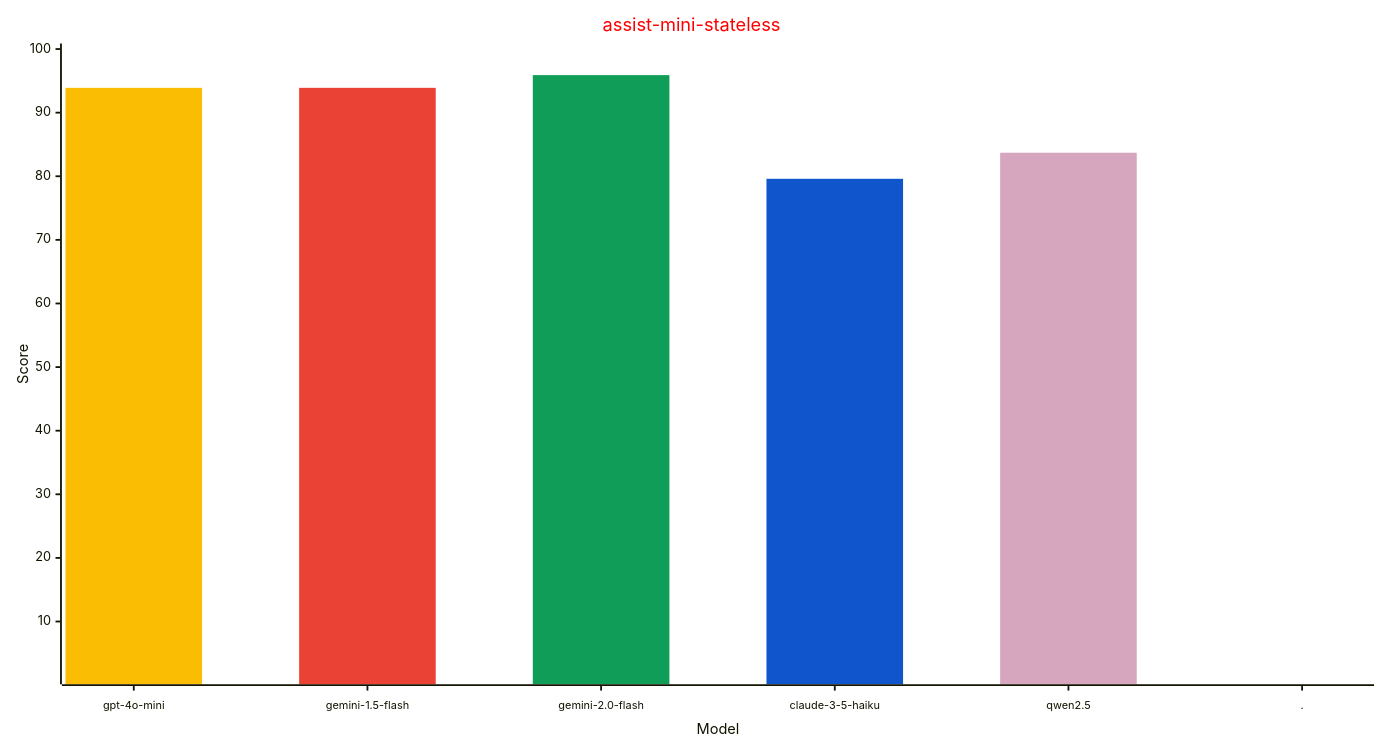
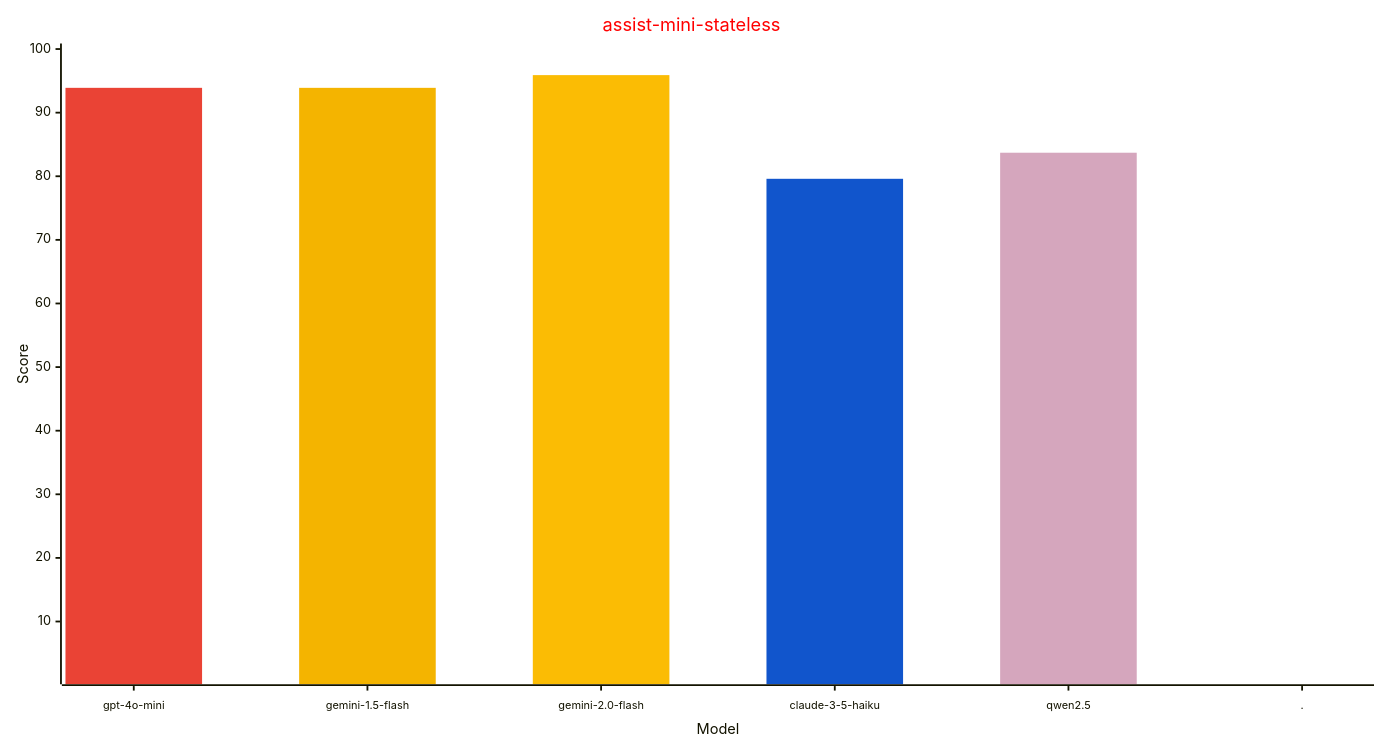
Before and after one commit to allenporter/home-assistant-datasets: the second of 3 diagrams in reports/README.md, drawn with Mermaid. The commit also changed other lines of this file, not shown here.

````diff
--- a/reports/README.md
+++ b/reports/README.md
@@ -106,26 +108,26 @@
 ```mermaid
 ---
 config:
     xyChart:
         width: 1500
         height: 800
         xAxis:
           labelFontSize: 12
           labelPadding: 8
     themeVariables:
         xyChart:
             titleColor: "#ff0000"
-            plotColorPalette: "#fbbc04, #ea4335, #0f9d58, #1155cc, #d5a6bd, #4285f4"
+            plotColorPalette: "#ea4335, #f4b400, #fbbc04, #1155cc, #d5a6bd, #4285f4"
 
 ---
 xychart-beta
   title "assist-mini-stateless"
   x-axis "Model" [gpt-4o-mini, gemini-1.5-flash, gemini-2.0-flash, claude-3-5-haiku, qwen2.5, .]
   y-axis "Score" 1 --> 100
   bar [93.9, 0.0, 0.0, 0.0, 0.0, 0.0]
   bar [0.0, 93.9, 0.0, 0.0, 0.0, 0.0]
   bar [0.0, 0.0, 95.9, 0.0, 0.0, 0.0]
   bar [0.0, 0.0, 0.0, 79.6, 0.0, 0.0]
   bar [0.0, 0.0, 0.0, 0.0, 83.7, 0.0]
   bar [0.0, 0.0, 0.0, 0.0, 0.0, -1.0]
 ```
````
